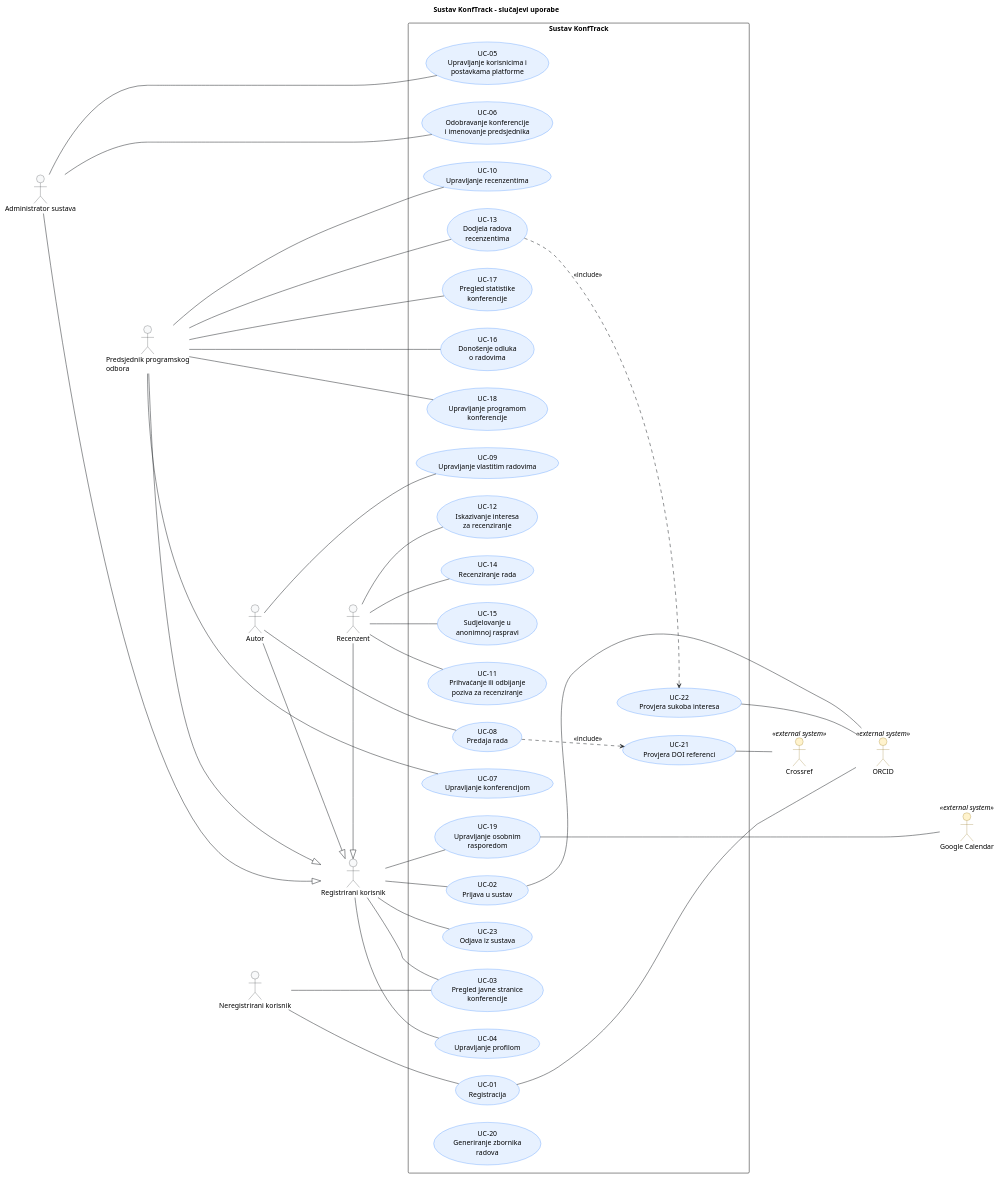
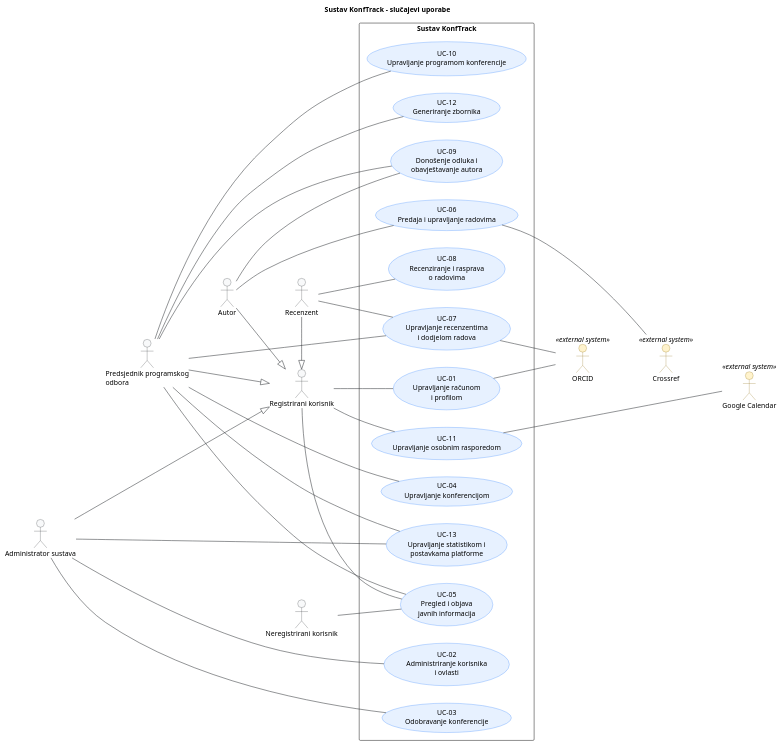
Before and after one commit to antoniopasa/KonfTrack_novi: the diagram in docs/puml/3-1-konftrack-system-UC.puml, drawn with PlantUML. The commit also changed other lines of this file, not shown here.

```diff
--- a/docs/puml/3-1-konftrack-system-UC.puml
+++ b/docs/puml/3-1-konftrack-system-UC.puml
@@ -20,166 +21,145 @@
 @startuml
 title Sustav KonfTrack – slučajevi uporabe
 left to right direction
 
 skinparam shadowing false
 skinparam defaultFontName Arial
 skinparam ArrowColor #212529
 
 skinparam actor {
     BackgroundColor #F8F9FA
     BorderColor #212529
     BackgroundColor<<external system>> #FFF3CD
     BorderColor<<external system>> #856404
 }
 
 skinparam usecase {
     BackgroundColor #E7F1FF
     BorderColor #0D6EFD
 }
 
 ' ==============================================================================
 ' Primarni akteri
 ' ==============================================================================
 
-actor "Neregistrirani korisnik" as Visitor
-actor "Registrirani korisnik" as User
-actor "Administrator sustava" as Admin
-actor "Predsjednik programskog\nodbora" as Chair
-actor Autor as Author
-actor Recenzent as Reviewer
+' Akteri predstavljaju korisničke uloge, a ne stanja prijave.
+' Specijalizirane uloge nasljeđuju mogućnosti registriranog korisnika.
 
-' Autor, recenzent, administrator i predsjednik programskog odbora
-' specijalizacije su registriranog korisnika. Ista osoba može imati
-' različite uloge na različitim konferencijama.
+actor User as "Registrirani korisnik"
+actor Visitor as "Neregistrirani korisnik"
+actor Admin as "Administrator sustava"
+actor Chair as "Predsjednik programskog\nodbora"
+actor Author as "Autor"
+actor Reviewer as "Recenzent"
 
 Admin -|> User
 Chair -|> User
 Author -|> User
 Reviewer -|> User
 
-' Samo za raspored aktera.
+' Samo za raspored aktera na dijagramu.
 Admin -[hidden]down-> Chair
 Chair -[hidden]down-> Author
 Author -[hidden]down-> Reviewer
-Visitor -[hidden]down-> User
 
 ' ==============================================================================
 ' Sekundarni akteri (vanjski sustavi)
 ' ==============================================================================
 
 actor ORCID <<external system>>
 actor Crossref <<external system>>
-actor "Google Calendar" as GoogleCalendar <<external system>>
+actor "Google Calendar" as Calendar <<external system>>
 
 ' ==============================================================================
 ' Granica sustava
 ' ==============================================================================
 
 rectangle "Sustav KonfTrack" as KonfTrack {
 
-    ' Pristup i korisnički račun
-    (UC-01\nRegistracija) as UC_Register
-    (UC-02\nPrijava u sustav) as UC_Login
-    (UC-23\nOdjava iz sustava) as UC_Logout
-    (UC-03\nPregled javne stranice\nkonferencije) as UC_PublicPage
-    (UC-04\nUpravljanje profilom) as UC_Profile
+    ' Korisnički računi i administracija
+    (UC-01\nUpravljanje računom\ni profilom) as UC_Account
+    (UC-02\nAdministriranje korisnika\ni ovlasti) as UC_Administration
+    (UC-03\nOdobravanje konferencije) as UC_Approval
 
-    ' Administracija i upravljanje konferencijom
-    (UC-05\nUpravljanje korisnicima i\npostavkama platforme) as UC_Admin
-    (UC-06\nOdobravanje konferencije\ni imenovanje predsjednika) as UC_Approve
-    (UC-07\nUpravljanje konferencijom) as UC_Conference
+    ' Upravljanje konferencijom i javne informacije
+    (UC-04\nUpravljanje konferencijom) as UC_Conference
+    (UC-05\nPregled i objava\njavnih informacija) as UC_PublicInfo
 
-    ' Upravljanje radovima
-    (UC-08\nPredaja rada) as UC_Submit
-    (UC-09\nUpravljanje vlastitim radovima) as UC_MyPapers
+    ' Radovi
+    (UC-06\nPredaja i upravljanje radovima) as UC_Papers
 
-    ' Upravljanje recenziranjem
-    (UC-10\nUpravljanje recenzentima) as UC_Reviewers
-    (UC-11\nPrihvaćanje ili odbijanje\npoziva za recenziranje) as UC_Invitation
-    (UC-12\nIskazivanje interesa\nza recenziranje) as UC_Interest
-    (UC-13\nDodjela radova\nrecenzentima) as UC_Assignment
-    (UC-14\nRecenziranje rada) as UC_Review
-    (UC-15\nSudjelovanje u\nanonimnoj raspravi) as UC_Discussion
+    ' Recenzenti i recenziranje
+    (UC-07\nUpravljanje recenzentima\ni dodjelom radova) as UC_Reviewers
+    (UC-08\nRecenziranje i rasprava\no radovima) as UC_Review
+    (UC-09\nDonošenje odluka i\nobavještavanje autora) as UC_Decisions
 
-    ' Odluke i statistika
-    (UC-16\nDonošenje odluka\no radovima) as UC_Decisions
-    (UC-17\nPregled statistike\nkonferencije) as UC_Statistics
+    ' Program i osobni raspored
+    (UC-10\nUpravljanje programom konferencije) as UC_Program
+    (UC-11\nUpravljanje osobnim rasporedom) as UC_Schedule
 
-    ' Program konferencije i osobni raspored
-    (UC-18\nUpravljanje programom\nkonferencije) as UC_Program
-    (UC-19\nUpravljanje osobnim\nrasporedom) as UC_Schedule
-    (UC-20\nGeneriranje zbornika\nradova) as UC_Proceedings
-
-    ' Uključeni slučajevi uporabe
-    (UC-21\nProvjera DOI referenci) as UC_DOI
-    (UC-22\nProvjera sukoba interesa) as UC_Conflict
+    ' Zbornik i statistika
+    (UC-12\nGeneriranje zbornika) as UC_Proceedings
+    (UC-13\nUpravljanje statistikom i\npostavkama platforme) as UC_Statistics
 }
 
 ' ==============================================================================
 ' Asocijacije aktera i slučajeva uporabe
 ' ==============================================================================
 
+' Registrirani korisnik
+User -- UC_Account
+User -- UC_PublicInfo
+User -- UC_Schedule
+
 ' Neregistrirani korisnik
-Visitor -- UC_Register
-Visitor -- UC_PublicPage
-
-' Registrirani korisnik
-User -- UC_Login
-User -- UC_PublicPage
-User -- UC_Profile
-User -- UC_Schedule
-User -- UC_Logout
+Visitor -- UC_PublicInfo
 
 ' Administrator sustava
-Admin -- UC_Admin
-Admin -- UC_Approve
+Admin -- UC_Administration
+Admin -- UC_Approval
+Admin -- UC_Statistics
 
 ' Predsjednik programskog odbora
 Chair -- UC_Conference
+Chair -- UC_PublicInfo
 Chair -- UC_Reviewers
-Chair -- UC_Assignment
 Chair -- UC_Decisions
 Chair -- UC_Program
+Chair -- UC_Proceedings
 Chair -- UC_Statistics
 
 ' Autor
-Author -- UC_Submit
-Author -- UC_MyPapers
+Author -- UC_Papers
+Author -- UC_Decisions
 
 ' Recenzent
-Reviewer -- UC_Invitation
-Reviewer -- UC_Interest
+Reviewer -- UC_Reviewers
 Reviewer -- UC_Review
-Reviewer -- UC_Discussion
 
 ' ==============================================================================
 ' Veze između slučajeva uporabe
 ' ==============================================================================
 
-' Provjera DOI referenci provodi se pri predaji rada ako rad sadrži DOI reference.
-UC_Submit ..> UC_DOI : <<include>>
-
-' Provjera sukoba interesa sastavni je dio dodjele radova recenzentima.
-UC_Assignment ..> UC_Conflict : <<include>>
+' Nema zasebnih pomoćnih slučajeva uporabe za DOI provjeru,
+' provjeru sukoba interesa ili slanje obavijesti jer su ti postupci
+' sastavni dijelovi odgovarajućih glavnih slučajeva uporabe.
 
 ' ==============================================================================
-' Interakcije s vanjskim sustavima
+' Interakcije sa sekundarnim akterima
 ' ==============================================================================
 
-' ORCID se koristi za registraciju, prijavu i provjeru podataka relevantnih
-' za sukob interesa.
-UC_Register -right- ORCID
-UC_Login -- ORCID
-UC_Conflict -- ORCID
+' ORCID se koristi za autentifikaciju i provjeru povezanih podataka.
+UC_Account -- ORCID
+UC_Reviewers -- ORCID
 
-' Crossref se koristi za provjeru DOI referenci i dohvat metapodataka.
-UC_DOI -- Crossref
+' Crossref se koristi za provjeru DOI identifikatora radova.
+UC_Papers -- Crossref
 
-' Pretpostavlja se izravna integracija s Google Calendarom.
-UC_Schedule -- GoogleCalendar
+' Google Calendar služi za povezivanje osobnog rasporeda.
+UC_Schedule -- Calendar
 
 ' Samo za raspored vanjskih sustava.
-Crossref -[hidden]down-> ORCID
-ORCID -[hidden]down-> GoogleCalendar
+ORCID -[hidden]down-> Crossref
+Crossref -[hidden]down-> Calendar
 
 @enduml
```
